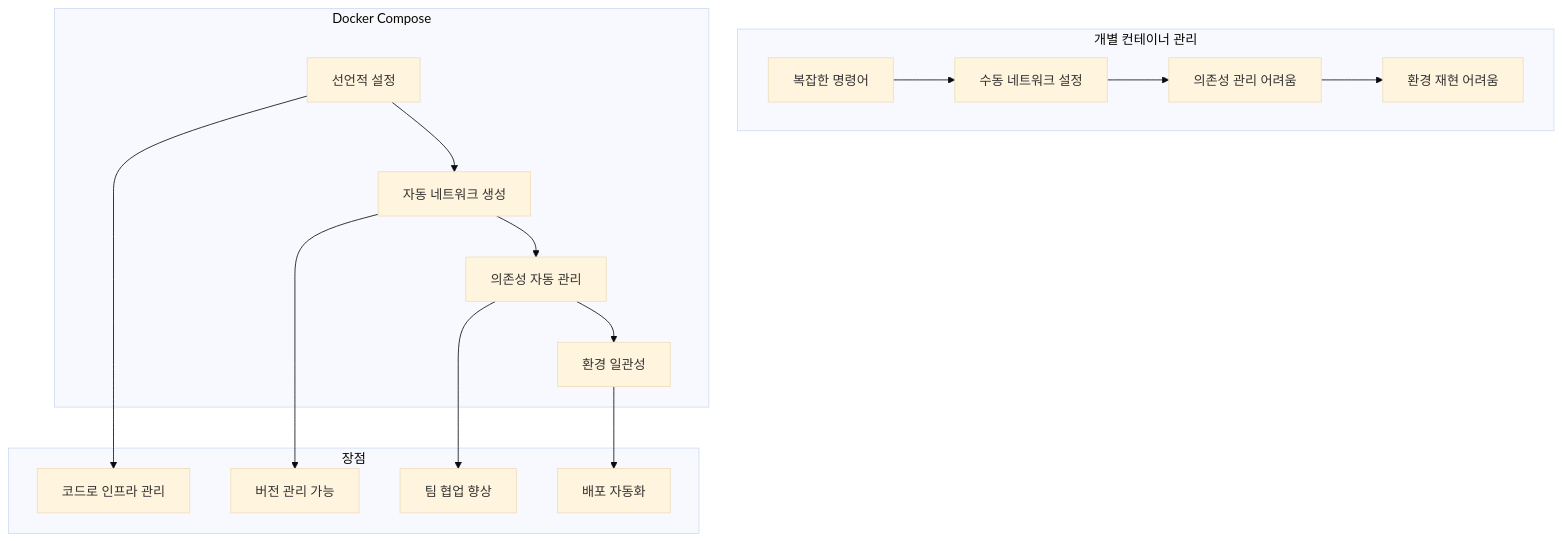
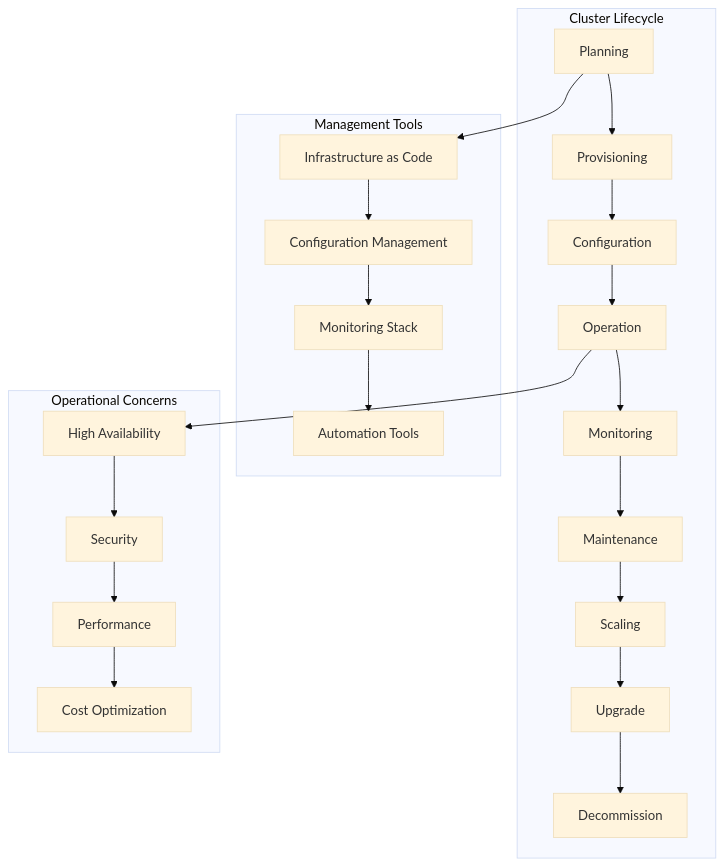
The first of 2 diagrams in week_02/day_04/session_01.md (niceguy61/kdt_devops_lecture_2025), drawn with Mermaid (base theme) before and after one commit. The commit also changed other lines of this file and 41 other files, not shown here.

````diff
--- a/week_02/day_04/session_01.md
+++ b/week_02/day_04/session_01.md
@@ -15,26 +15,28 @@
 ```mermaid
 graph TB
-    subgraph "개별 컨테이너 관리"
-        A[복잡한 명령어] --> B[수동 네트워크 설정]
-        B --> C[의존성 관리 어려움]
-        C --> D[환경 재현 어려움]
+    subgraph "Cluster Lifecycle"
+        A[Planning] --> B[Provisioning]
+        B --> C[Configuration]
+        C --> D[Operation]
+        D --> E[Monitoring]
+        E --> F[Maintenance]
+        F --> G[Scaling]
+        G --> H[Upgrade]
+        H --> I[Decommission]
     end
     
-    subgraph "Docker Compose"
-        E[선언적 설정] --> F[자동 네트워크 생성]
-        F --> G[의존성 자동 관리]
-        G --> H[환경 일관성]
+    subgraph "Management Tools"
+        J[Infrastructure as Code] --> K[Configuration Management]
+        K --> L[Monitoring Stack]
+        L --> M[Automation Tools]
     end
     
-    subgraph "장점"
-        I[코드로 인프라 관리]
-        J[버전 관리 가능]
-        K[팀 협업 향상]
-        L[배포 자동화]
+    subgraph "Operational Concerns"
+        N[High Availability] --> O[Security]
+        O --> P[Performance]
+        P --> Q[Cost Optimization]
     end
     
-    E --> I
-    F --> J
-    G --> K
-    H --> L
+    A --> J
+    D --> N
 ```
````
